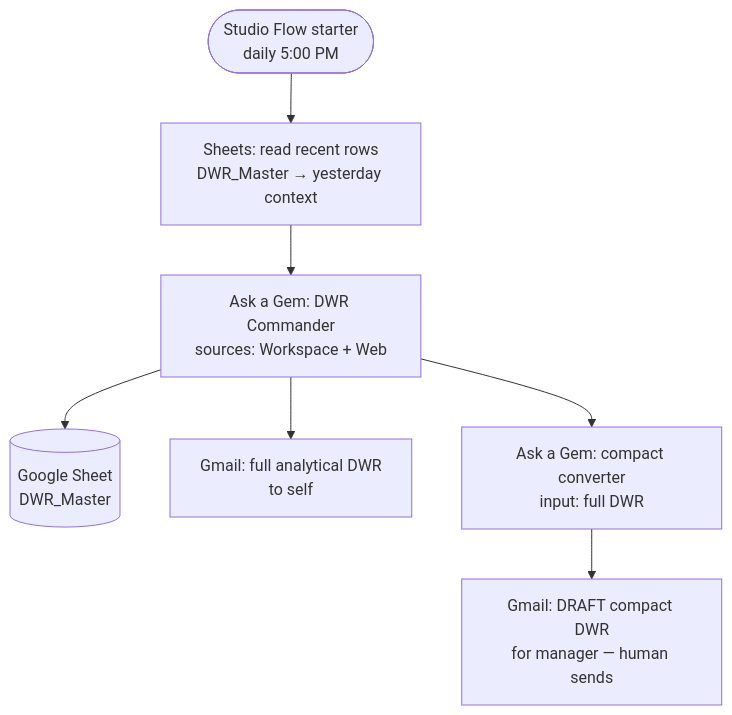
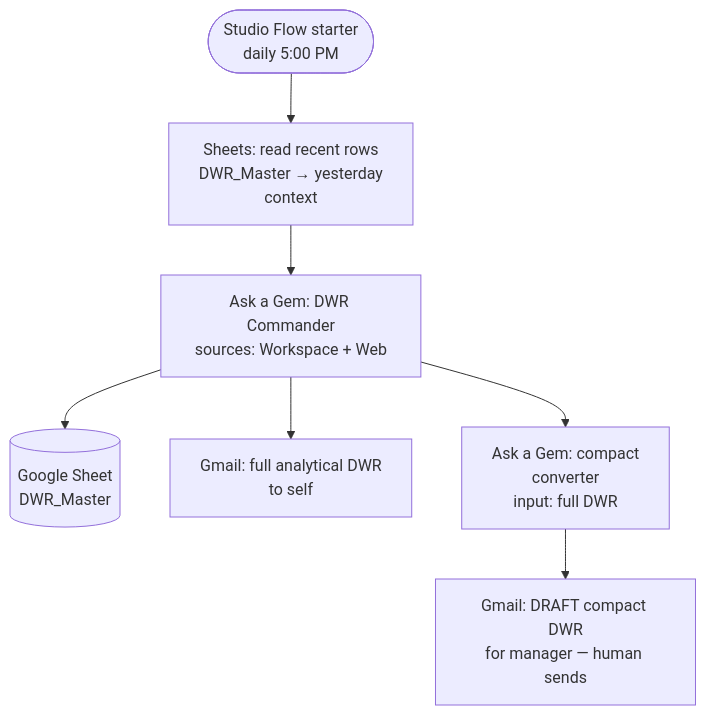
The first of 2 diagrams in README.md (Zestraxz/CH-Google), drawn with Mermaid before and after one commit. The commit also changed other lines of this file, not shown here.

First line of the commit message:
fix(readme): mermaid diagrams sized for the GitHub column (L-028)

````diff
--- a/README.md
+++ b/README.md
@@ -62,15 +62,15 @@
 ```mermaid
 flowchart TB
     Trigger([Studio Flow starter<br/>daily 5:00 PM])
-    ReadBack[Sheets: read recent rows<br/>DWR_Master → yesterday context]
+    ReadBack[Sheets: read recent rows<br/>DWR_Master → yesterday<br/>context]
     Gem1[Ask a Gem: DWR Commander<br/>sources: Workspace + Web]
     Sheet[(Google Sheet<br/>DWR_Master)]
     Mail1[Gmail: full analytical DWR<br/>to self]
-    Gem2[Ask a Gem: compact converter<br/>input: full DWR]
+    Gem2[Ask a Gem: compact<br/>converter<br/>input: full DWR]
     Mail2[Gmail: DRAFT compact DWR<br/>for manager — human sends]
 
     Trigger --> ReadBack --> Gem1
     Gem1 --> Sheet
     Gem1 --> Mail1
     Gem1 --> Gem2 --> Mail2
 ```
````
